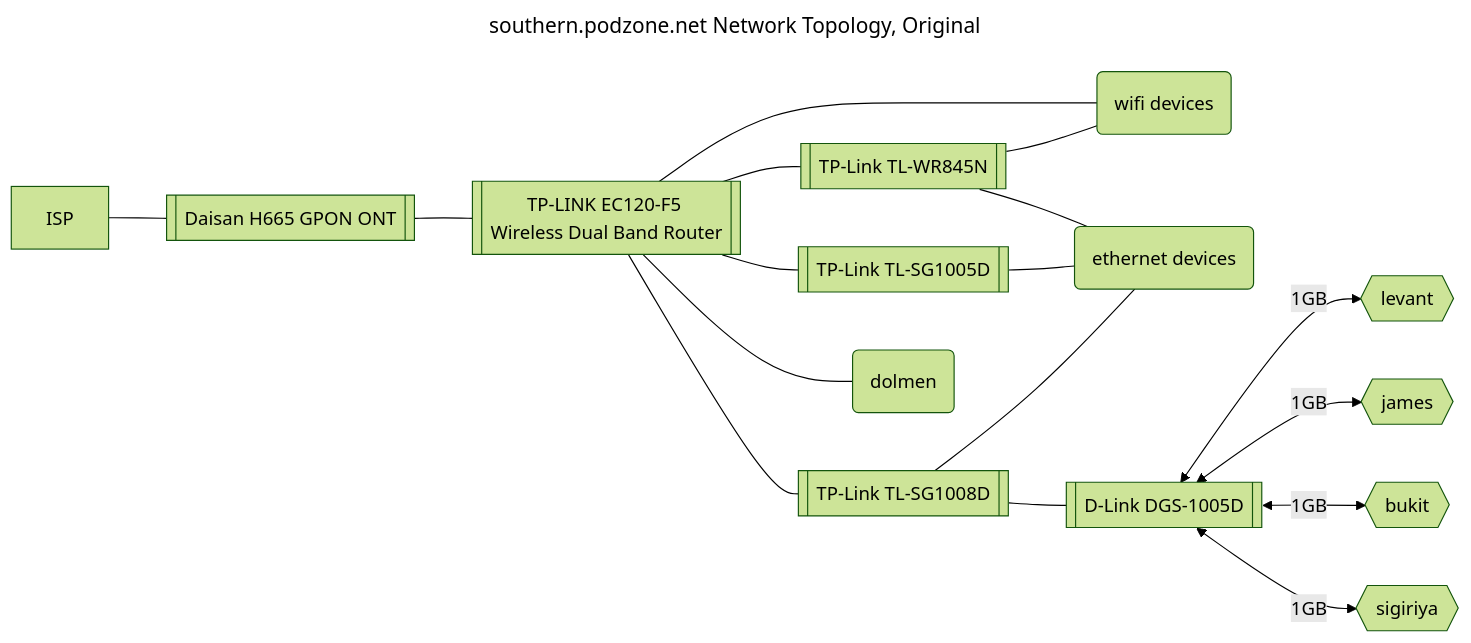
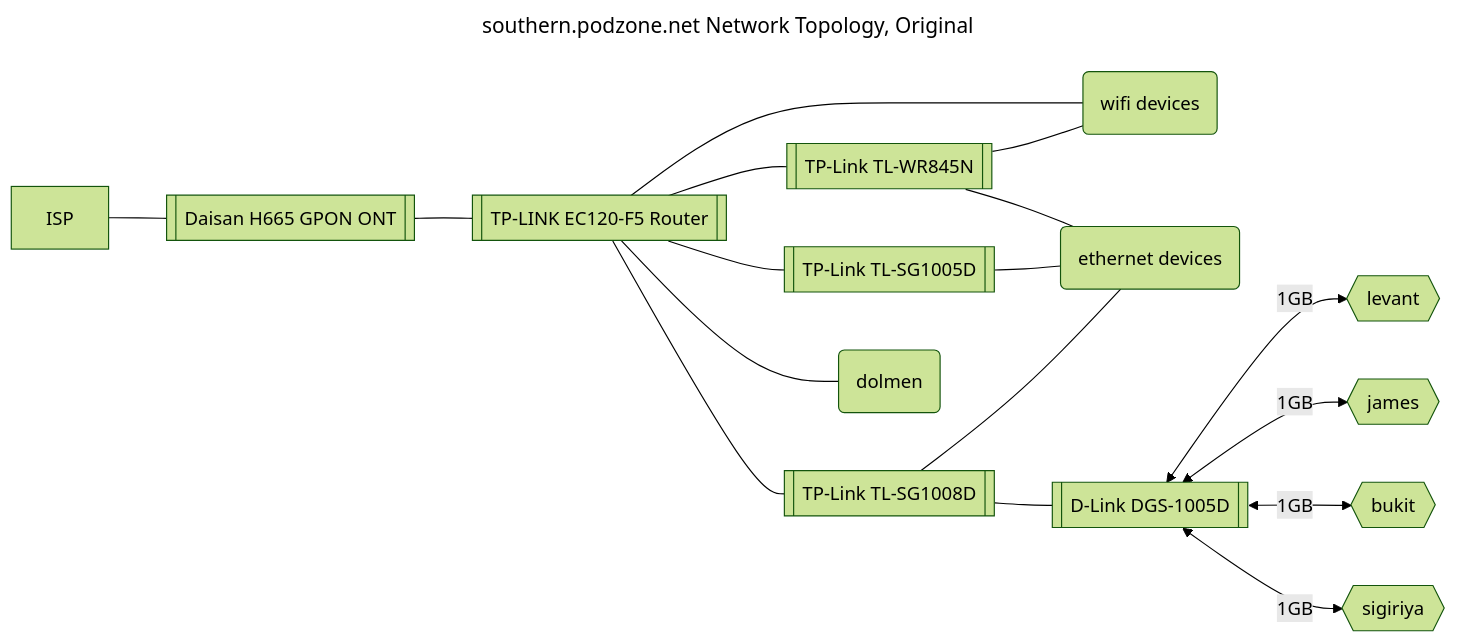
The first of 2 diagrams in docs/network.md (MoTTTT/podzone), drawn with Mermaid (forest theme) before and after one commit. The commit also changed other lines of this file and 9 other files, not shown here.

````diff
--- a/docs/network.md
+++ b/docs/network.md
@@ -3,37 +3,37 @@
 ```mermaid
 ---
 title: southern.podzone.net Network Topology, Original
 ---
 graph LR
 
 ISP --- ont
 ont --- router
 router --- switch2
 router ---switch3
 router --- ap1
 router --- other2
 router --- workstation
 ap1 --- other1
 ap1 --- other2
 switch2 --- other1
 switch3 --- switch1
 switch3 --- other1
 switch1 <-->|1GB| k8s1
 switch1 <-->|1GB| k8s2
 switch1 <-->|1GB| k8s3
 switch1 <-->|1GB| k8s4
 
 ont[[Daisan H665 GPON ONT]]
-router[[TP-LINK EC120-F5 Wireless Dual Band Router]]
+router[[TP-LINK EC120-F5 Router]]
 switch1[[D-Link DGS-1005D]]
 switch2[[TP-Link TL-SG1005D]]
 switch3[[TP-Link TL-SG1008D]]
 ap1[[TP-Link TL-WR845N]]
 other1(ethernet devices)
 other2(wifi devices)
 k8s1{{levant}}
 k8s2{{james}}
 k8s3{{bukit}}
 k8s4{{sigiriya}}
 workstation(dolmen)
 ```
````
